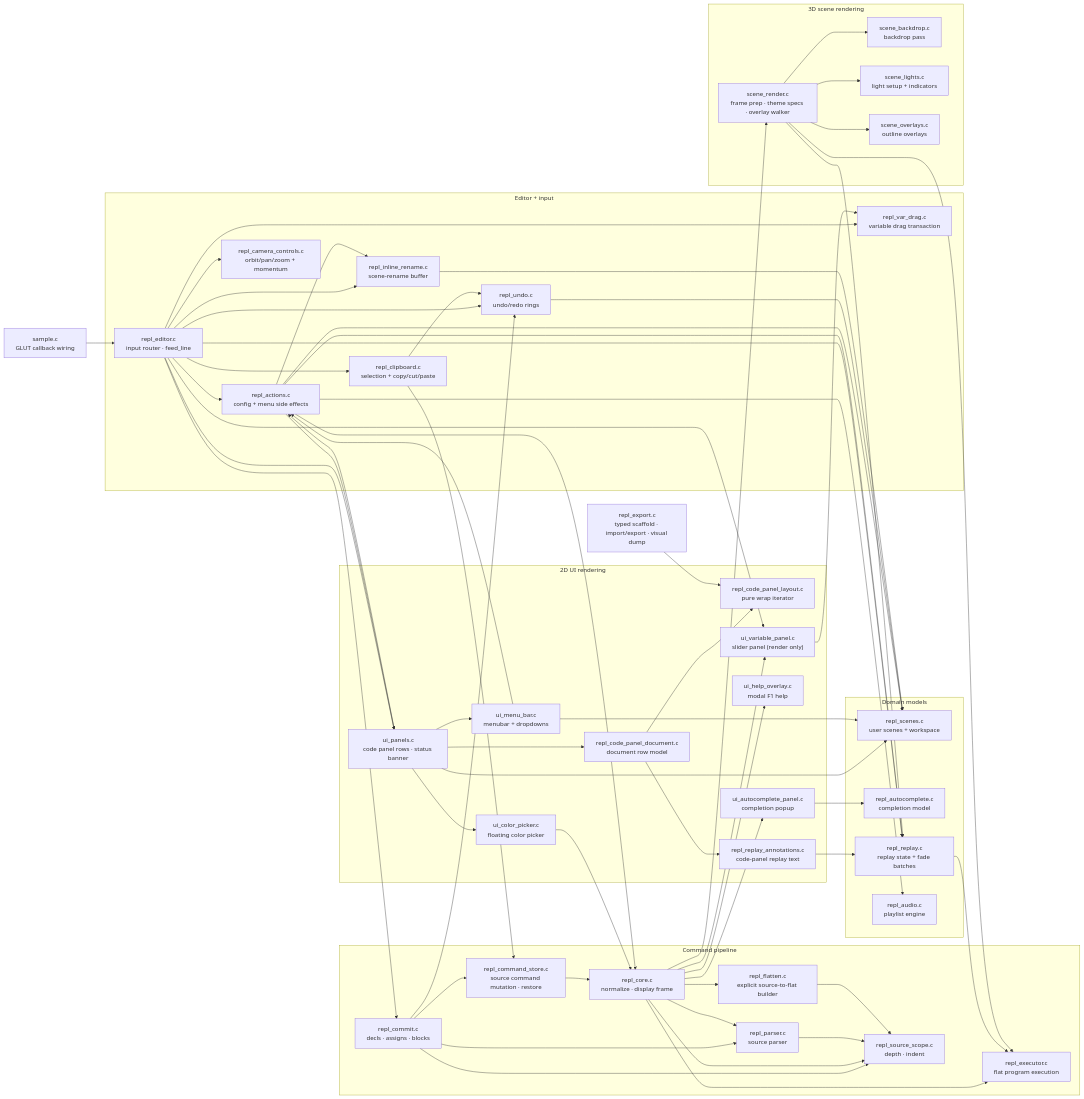
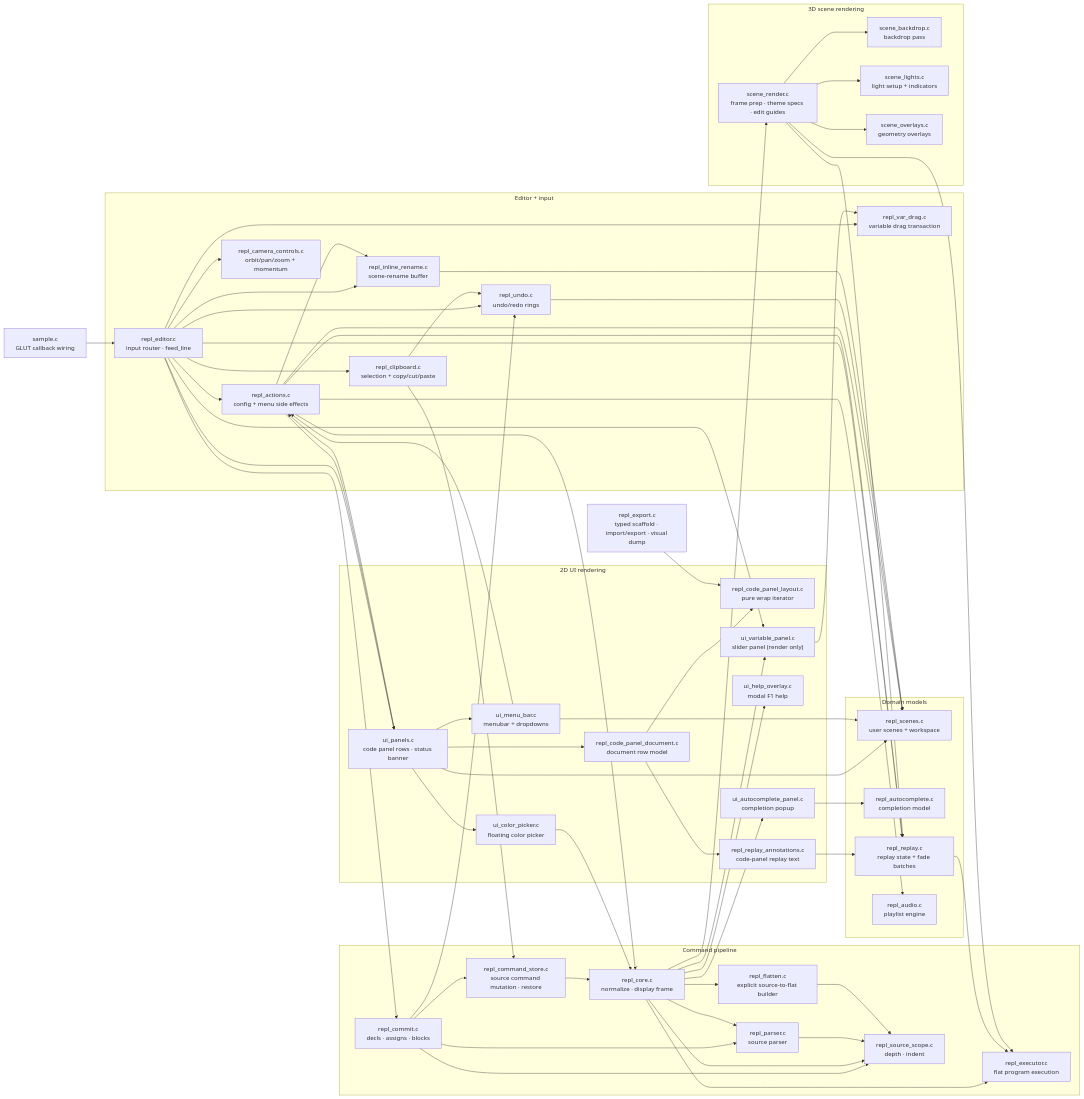
Before and after one commit to drewwoods/gl-repl: the diagram in MODULES.md, drawn with Mermaid. The commit also changed other lines of this file and 7 other files, not shown here.

First line of the commit message:
refactor: move vertex overlays into scene overlays

```diff
--- a/MODULES.md
+++ b/MODULES.md
@@ -154,10 +154,10 @@
     end
 
     subgraph scene_layer["3D scene rendering"]
-        sceneR["scene_render.c<br/>frame prep · theme specs · overlay walker"]
+        sceneR["scene_render.c<br/>frame prep · theme specs · edit guides"]
         backdrop["scene_backdrop.c<br/>backdrop pass"]
         lights["scene_lights.c<br/>light setup + indicators"]
-        overlays["scene_overlays.c<br/>outline overlays"]
+        overlays["scene_overlays.c<br/>geometry overlays"]
     end
 
     export["repl_export.c<br/>typed scaffold · import/export · visual dump"]
```
